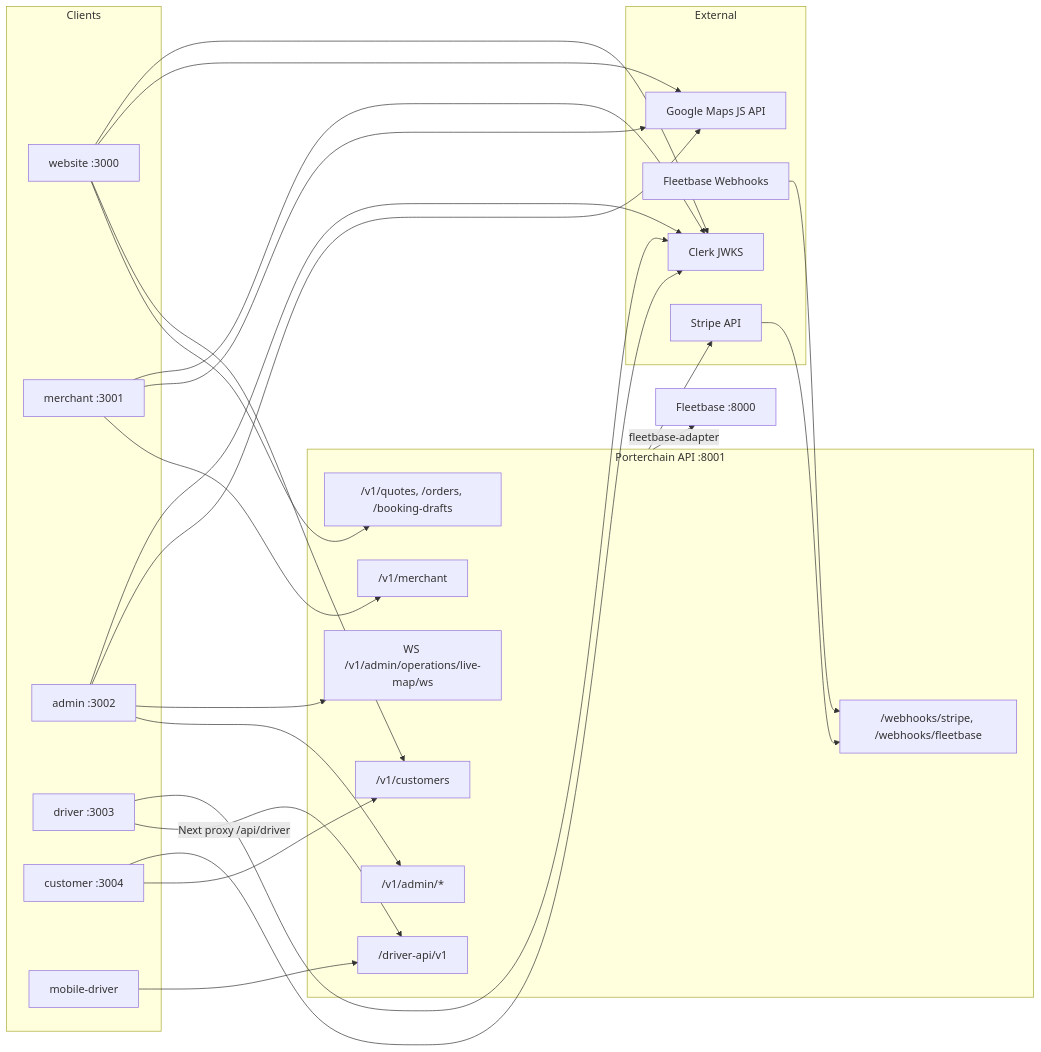
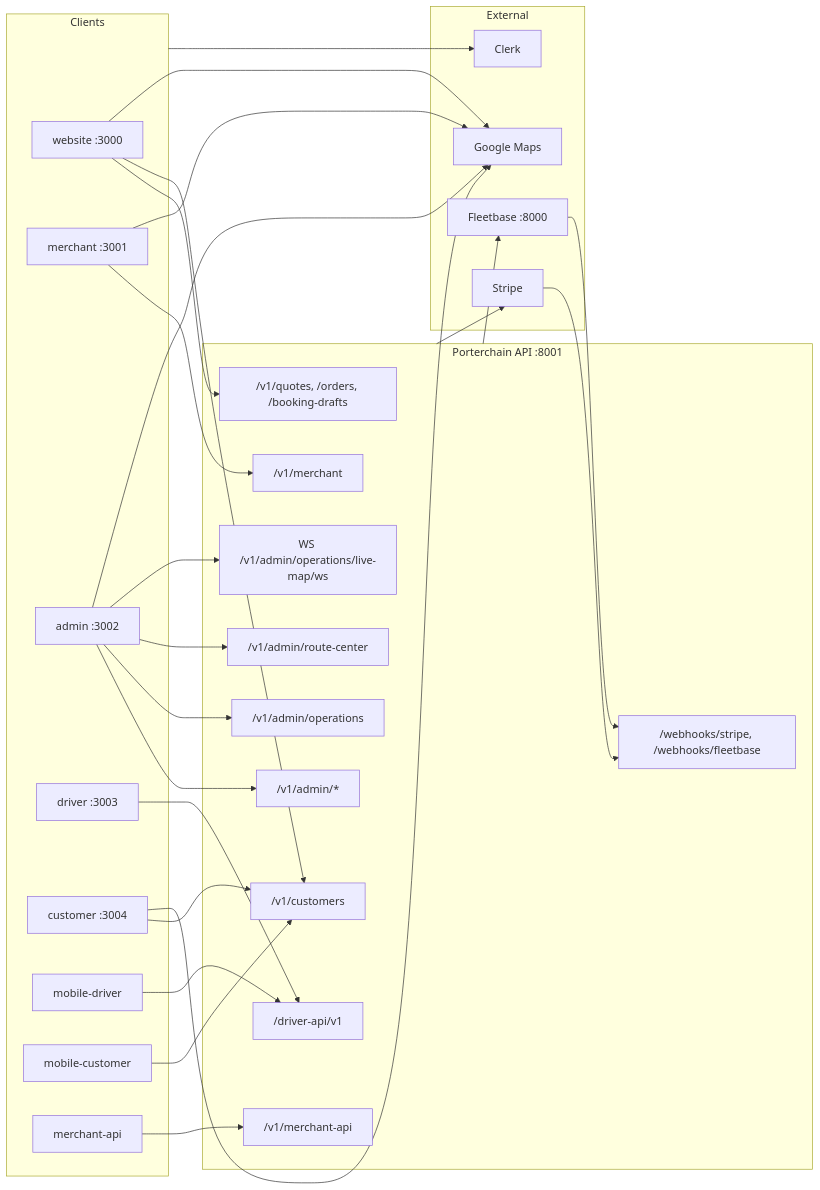
One commit to PORTERCHAIN-INC/PCD changed the diagram in docs/architecture/API_DEPENDENCY.md. Above: the diagram before and after it, drawn with Mermaid. The commit also changed other lines of this file and 453 other files, not shown here.

````diff
--- a/docs/architecture/API_DEPENDENCY.md
+++ b/docs/architecture/API_DEPENDENCY.md
@@ -35,41 +56,46 @@
 ```mermaid
 flowchart LR
   subgraph Clients
     W[website :3000]
     M[merchant :3001]
     A[admin :3002]
     D[driver :3003]
     C[customer :3004]
-    MOB[mobile-driver]
+    MDRV[mobile-driver]
+    MCUST[mobile-customer]
+    MAPI[merchant-api]
   end
 
   subgraph API["Porterchain API :8001"]
     PUB["/v1/quotes, /orders, /booking-drafts"]
     CUST_API["/v1/customers"]
     MERCH_API["/v1/merchant"]
+    MERCH_KEY["/v1/merchant-api"]
     ADMIN_API["/v1/admin/*"]
+    OPS["/v1/admin/operations"]
+    RC["/v1/admin/route-center"]
     DRV_API["/driver-api/v1"]
     WH["/webhooks/stripe, /webhooks/fleetbase"]
     WS["WS /v1/admin/operations/live-map/ws"]
   end
 
   subgraph External
-    STRIPE[Stripe API]
-    FB_WH[Fleetbase Webhooks]
-    CLERK[Clerk JWKS]
-    GMAPS[Google Maps JS API]
+    STRIPE[Stripe]
+    FB[Fleetbase :8000]
+    CLERK[Clerk]
+    GMAPS[Google Maps]
   end
 
   W --> PUB & CUST_API
-  C --> CUST_API
+  C & MCUST --> CUST_API
   M --> MERCH_API
-  A --> ADMIN_API & WS
-  D -->|"Next proxy /api/driver"| DRV_API
-  MOB --> DRV_API
-  W & M & A --> GMAPS
-  W & M & A & C & D --> CLERK
+  MAPI --> MERCH_KEY
+  A --> ADMIN_API & OPS & RC & WS
+  D & MDRV --> DRV_API
+  W & M & A & C --> GMAPS
+  Clients --> CLERK
   STRIPE --> WH
-  FB_WH --> WH
+  FB --> WH
   API --> STRIPE
-  API -->|"fleetbase-adapter"| FB_API[Fleetbase :8000]
+  API --> FB
 ```
````
